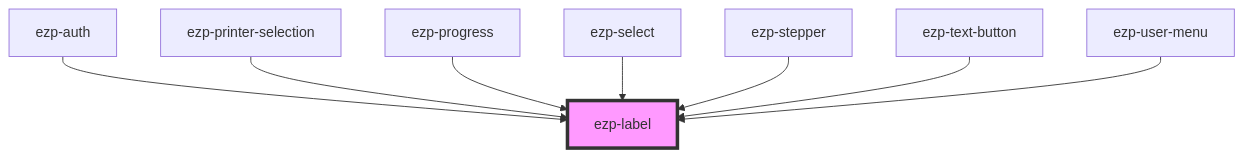
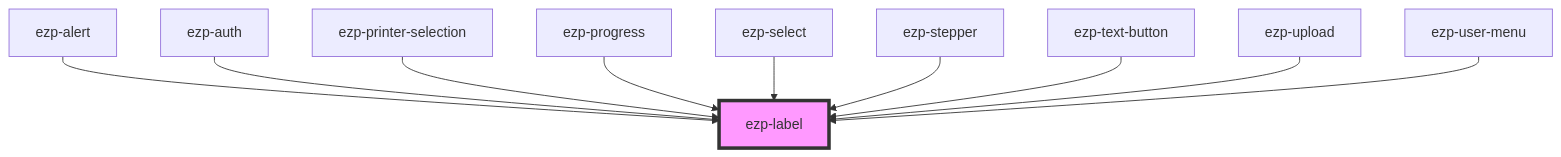
One commit to ezeep/ezeep-js changed the diagram in src/components/ezp-label/readme.md. Above: the diagram before and after it, drawn with Mermaid. The commit also changed other lines of this file and 20 other files, not shown here.

````diff
--- a/src/components/ezp-label/readme.md
+++ b/src/components/ezp-label/readme.md
@@ -29,11 +31,13 @@
 ```mermaid
 graph TD;
+  ezp-alert --> ezp-label
   ezp-auth --> ezp-label
   ezp-printer-selection --> ezp-label
   ezp-progress --> ezp-label
   ezp-select --> ezp-label
   ezp-stepper --> ezp-label
   ezp-text-button --> ezp-label
+  ezp-upload --> ezp-label
   ezp-user-menu --> ezp-label
   style ezp-label fill:#f9f,stroke:#333,stroke-width:4px
 ```
````
